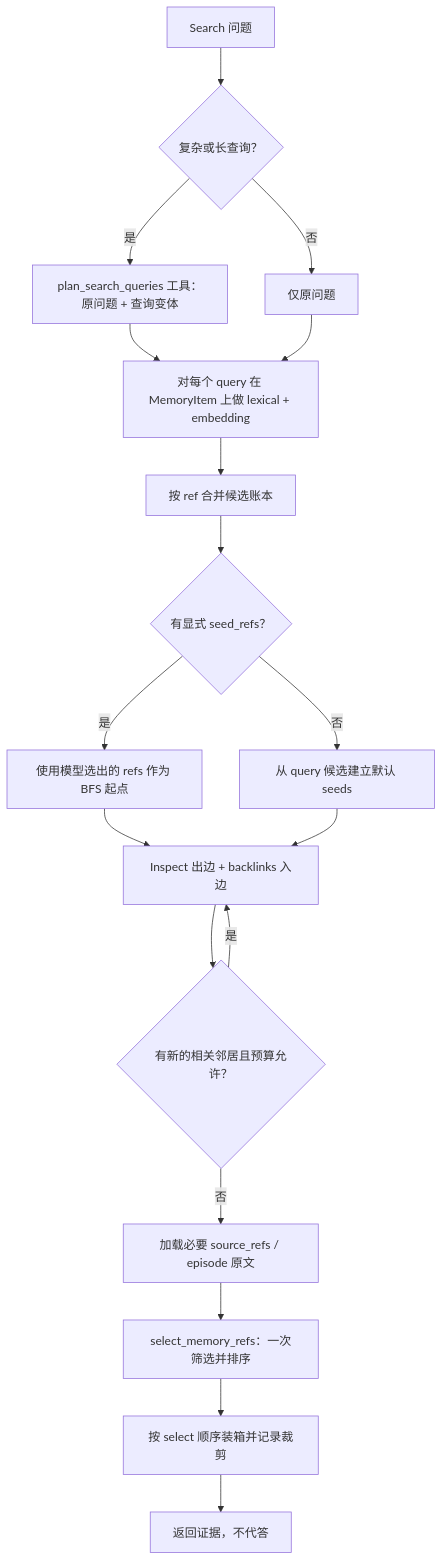
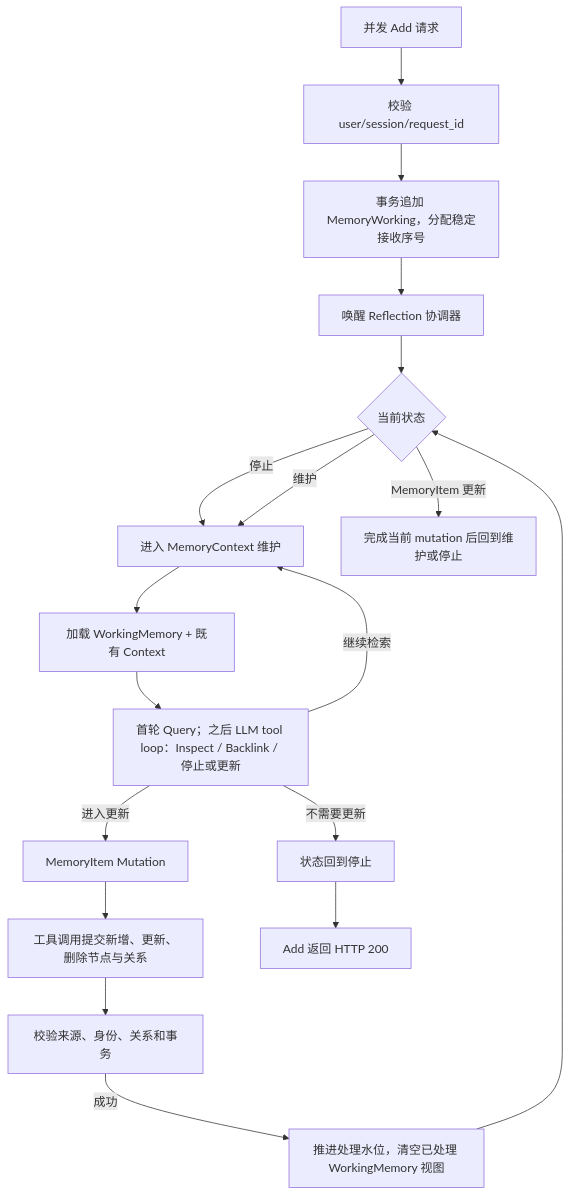
One commit to Graygoo7529/AM-Link changed the third of 3 diagrams in docs/phase-2/method-improvement-plan.md. Above: the diagram before and after it, drawn with Mermaid. The commit also changed other lines of this file and 1 other file, not shown here.

Commit message:
docs: converge AM-Link search and reflection redesign

````diff
--- a/docs/phase-2/method-improvement-plan.md
+++ b/docs/phase-2/method-improvement-plan.md
@@ -105,20 +143,20 @@
 ```mermaid
 flowchart TD
-  A[Search 问题] --> B{复杂或长查询？}
-  B -->|是| C[plan_search_queries 工具：原问题 + 查询变体]
-  B -->|否| D[仅原问题]
-  C --> E[对每个 query 在 MemoryItem 上做 lexical + embedding]
-  D --> E
-  E --> F[按 ref 合并候选账本]
-  F --> G{有显式 seed_refs？}
-  G -->|是| H[使用模型选出的 refs 作为 BFS 起点]
-  G -->|否| I[从 query 候选建立默认 seeds]
-  H --> J[Inspect 出边 + backlinks 入边]
-  I --> J
-  J --> K{有新的相关邻居且预算允许？}
-  K -->|是| J
-  K -->|否| L[加载必要 source_refs / episode 原文]
-  L --> M[select_memory_refs：一次筛选并排序]
-  M --> N[按 select 顺序装箱并记录裁剪]
-  N --> O[返回证据，不代答]
+  A[并发 Add 请求] --> B[校验 user/session/request_id]
+  B --> C[事务追加 MemoryWorking，分配稳定接收序号]
+  C --> D[唤醒 Reflection 协调器]
+  D --> E{当前状态}
+  E -->|停止| F[进入 MemoryContext 维护]
+  E -->|维护| F
+  E -->|MemoryItem 更新| G[完成当前 mutation 后回到维护或停止]
+  F --> H[加载 WorkingMemory + 既有 Context]
+  H --> I[首轮 Query；之后 LLM tool loop：Inspect / Backlink / 停止或更新]
+  I -->|继续检索| F
+  I -->|进入更新| J[MemoryItem Mutation]
+  I -->|不需要更新| K[状态回到停止]
+  J --> L[工具调用提交新增、更新、删除节点与关系]
+  L --> M[校验来源、身份、关系和事务]
+  M -->|成功| N[推进处理水位，清空已处理 WorkingMemory 视图]
+  N --> E
+  K --> O[Add 返回 HTTP 200]
 ```
````
